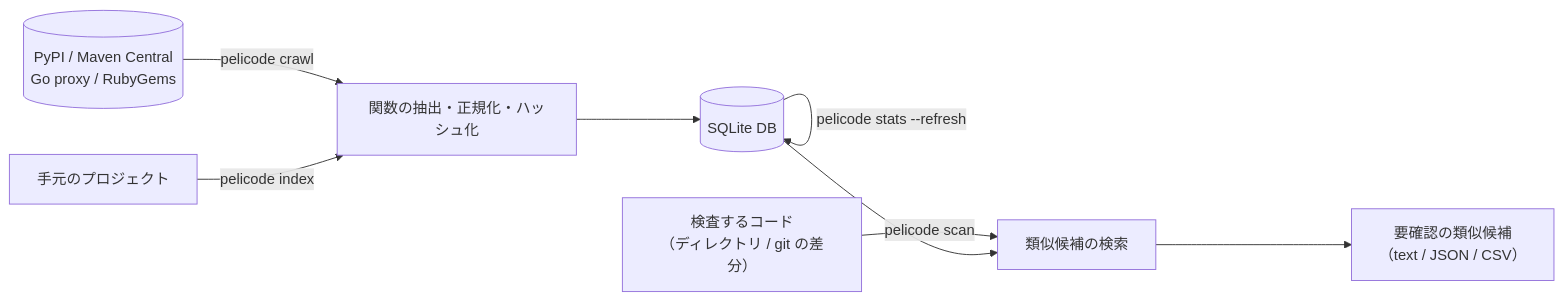
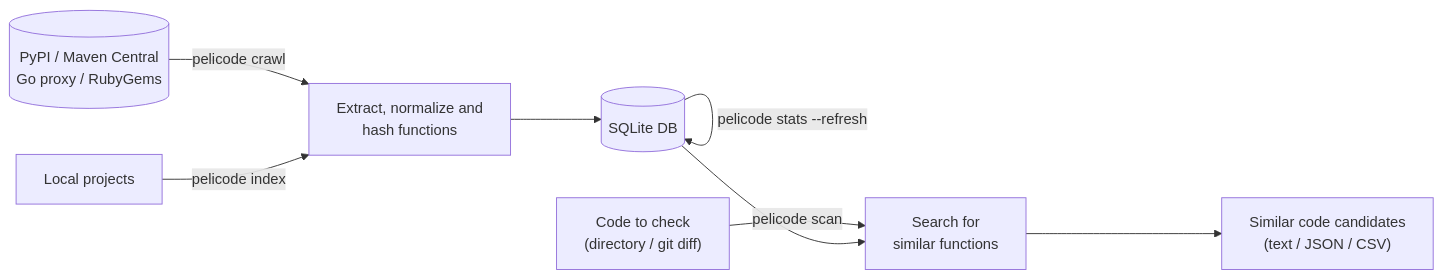
The diagram in README.md (tamada/pelicode), drawn with Mermaid before and after one commit. The commit also changed other lines of this file and 8 other files, not shown here.

````diff
--- a/README.md
+++ b/README.md
@@ -14,10 +16,10 @@
 ```mermaid
 flowchart LR
     R[("PyPI / Maven Central<br/>Go proxy / RubyGems")] -->|pelicode crawl| I
-    P["手元のプロジェクト"] -->|pelicode index| I
-    I["関数の抽出・正規化・ハッシュ化"] --> D[("SQLite DB")]
+    P["Local projects"] -->|pelicode index| I
+    I["Extract, normalize and<br/>hash functions"] --> D[("SQLite DB")]
     D -->|pelicode stats --refresh| D
-    T["検査するコード<br/>（ディレクトリ / git の差分）"] -->|pelicode scan| S["類似候補の検索"]
+    T["Code to check<br/>(directory / git diff)"] -->|pelicode scan| S["Search for<br/>similar functions"]
     D --> S
-    S --> O["要確認の類似候補<br/>（text / JSON / CSV）"]
+    S --> O["Similar code candidates<br/>(text / JSON / CSV)"]
 ```
````
